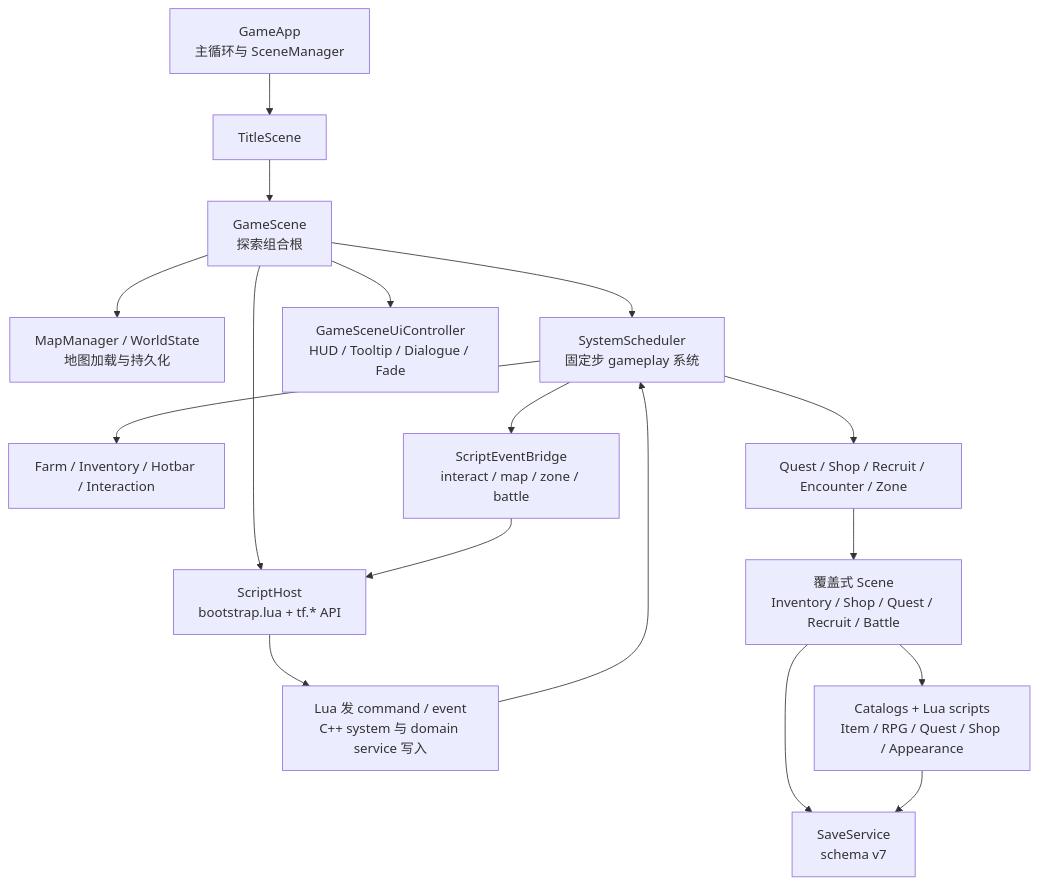
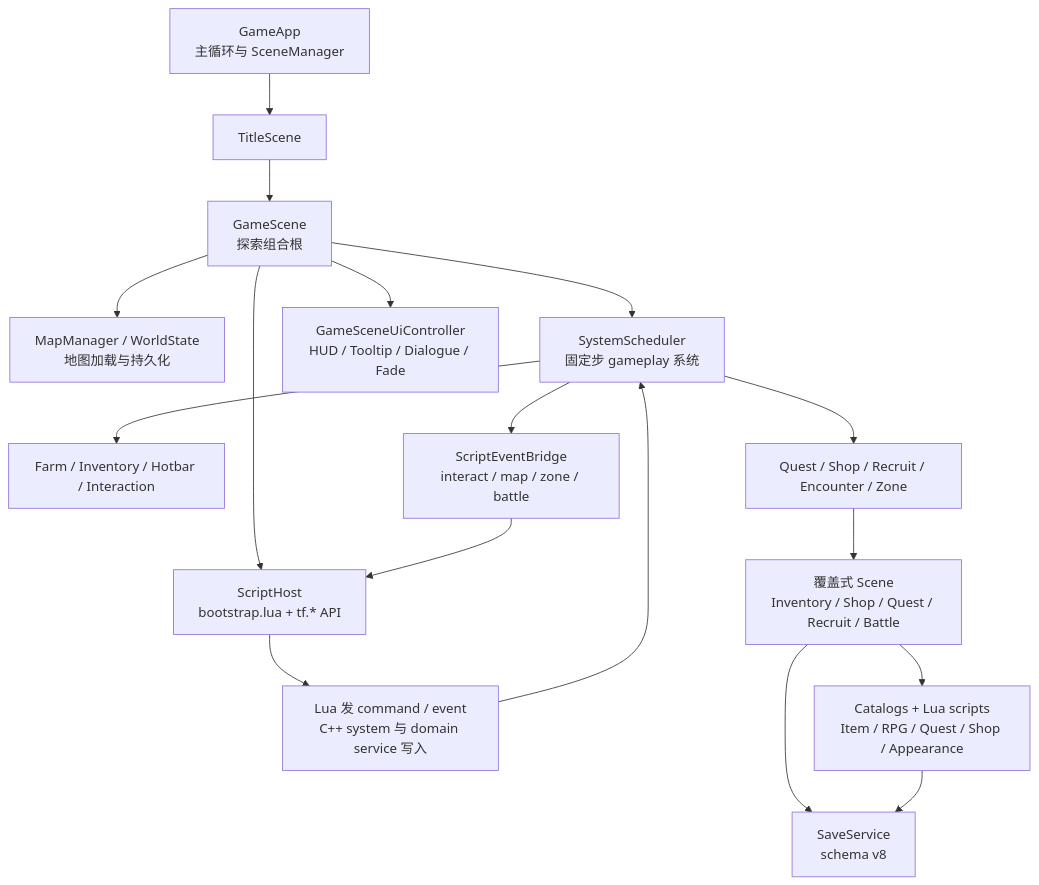
Before and after one commit to WispSnow/TinyFarmRPG: the first of 2 diagrams in docs/overview.md, drawn with Mermaid. The commit also changed 18 other files, not shown here.

````diff
--- a/docs/overview.md
+++ b/docs/overview.md
@@ -19,19 +19,19 @@
 ```mermaid
 flowchart TD
     APP["GameApp<br/>主循环与 SceneManager"] --> TITLE["TitleScene"]
     TITLE --> GAME["GameScene<br/>探索组合根"]
     GAME --> WORLD["MapManager / WorldState<br/>地图加载与持久化"]
     GAME --> SCHED["SystemScheduler<br/>固定步 gameplay 系统"]
     GAME --> HUD["GameSceneUiController<br/>HUD / Tooltip / Dialogue / Fade"]
     GAME --> LUA["ScriptHost<br/>bootstrap.lua + tf.* API"]
     SCHED --> FARM["Farm / Inventory / Hotbar / Interaction"]
     SCHED --> RPG["Quest / Shop / Recruit / Encounter / Zone"]
     SCHED --> EVT["ScriptEventBridge<br/>interact / map / zone / battle"]
     EVT --> LUA
     LUA --> CMD["Lua 发 command / event<br/>C++ system 与 domain service 写入"]
     CMD --> SCHED
     RPG --> OVERLAY["覆盖式 Scene<br/>Inventory / Shop / Quest / Recruit / Battle"]
     OVERLAY --> DATA["Catalogs + Lua scripts<br/>Item / RPG / Quest / Shop / Appearance"]
-    OVERLAY --> SAVE["SaveService<br/>schema v7"]
+    OVERLAY --> SAVE["SaveService<br/>schema v8"]
     DATA --> SAVE
 ```
````
